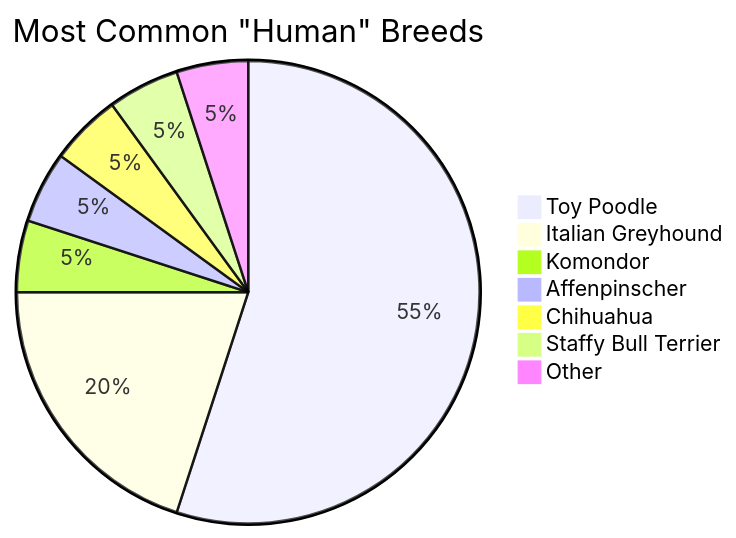
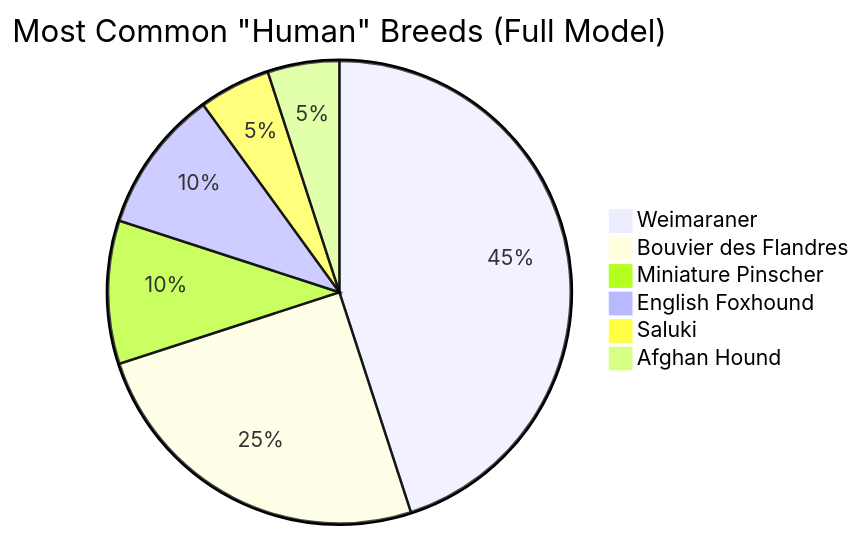
Before and after one commit to hadarwayn/L41-Which-dog-are-you-: diagram 27 of 31 in README.md, drawn with Mermaid. The commit also changed other lines of this file, not shown here.

````diff
--- a/README.md
+++ b/README.md
@@ -676,10 +684,9 @@
 ```mermaid
-pie title Most Common "Human" Breeds
-    "Toy Poodle" : 11
-    "Italian Greyhound" : 4
-    "Komondor" : 1
-    "Affenpinscher" : 1
-    "Chihuahua" : 1
-    "Staffy Bull Terrier" : 1
-    "Other" : 1
+pie title Most Common "Human" Breeds (Full Model)
+    "Weimaraner" : 9
+    "Bouvier des Flandres" : 5
+    "Miniature Pinscher" : 2
+    "English Foxhound" : 2
+    "Saluki" : 1
+    "Afghan Hound" : 1
 ```
````
